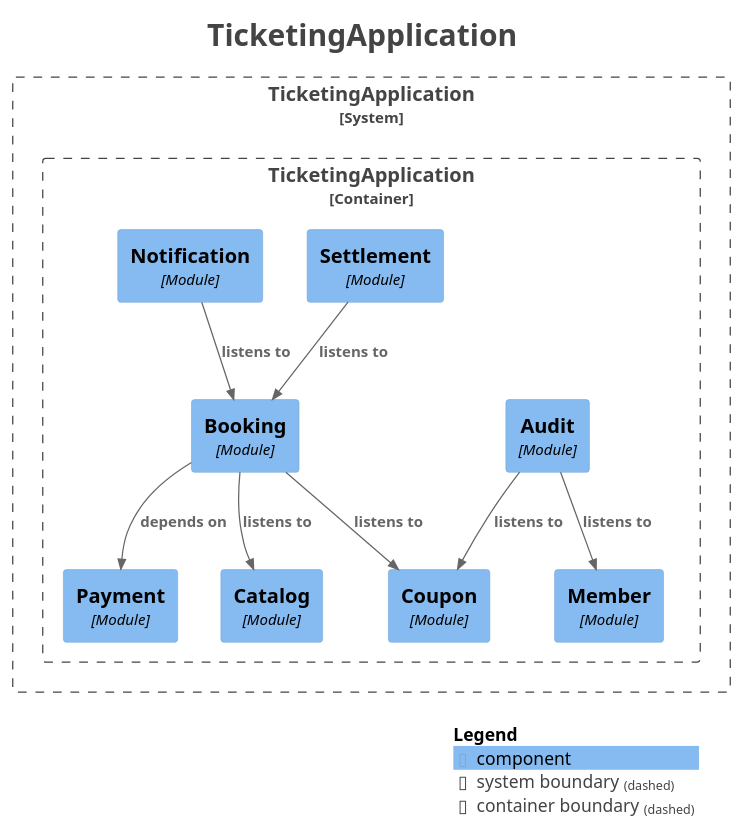
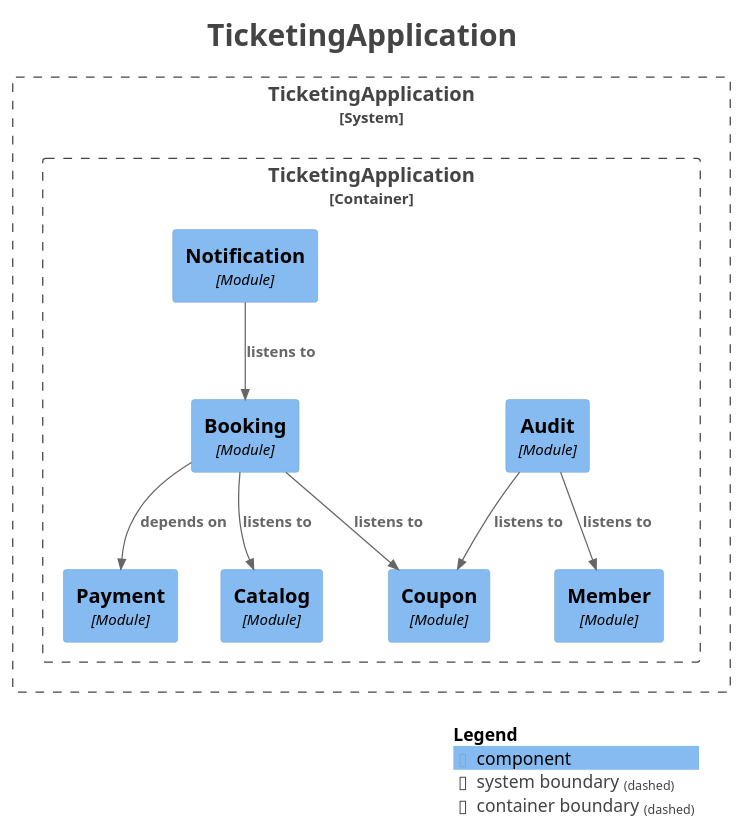
Before and after one commit to jkonury/ticketing: the diagram in docs/modulith/components.puml, drawn with PlantUML. The commit also changed 36 other files, not shown here.

```diff
--- a/docs/modulith/components.puml
+++ b/docs/modulith/components.puml
@@ -1,42 +1,40 @@
 @startuml
 title <size:24>TicketingApplication</size>
 
 set separator none
 top to bottom direction
 
 <style>
   root {
     BackgroundColor: #ffffff
     FontColor: #444444
   }
 </style>
 
 !include <C4/C4>
 !include <C4/C4_Context>
 !include <C4/C4_Component>
 
 System_Boundary("TicketingApplication_boundary", "TicketingApplication", $tags="") {
   Container_Boundary("TicketingApplication.TicketingApplication_boundary", "TicketingApplication", $tags="") {
-    Component(TicketingApplication.TicketingApplication.Settlement, "Settlement", $techn="Module", $descr="", $tags="", $link="")
     Component(TicketingApplication.TicketingApplication.Catalog, "Catalog", $techn="Module", $descr="", $tags="", $link="")
     Component(TicketingApplication.TicketingApplication.Coupon, "Coupon", $techn="Module", $descr="", $tags="", $link="")
     Component(TicketingApplication.TicketingApplication.Member, "Member", $techn="Module", $descr="", $tags="", $link="")
     Component(TicketingApplication.TicketingApplication.Payment, "Payment", $techn="Module", $descr="", $tags="", $link="")
     Component(TicketingApplication.TicketingApplication.Audit, "Audit", $techn="Module", $descr="", $tags="", $link="")
     Component(TicketingApplication.TicketingApplication.Booking, "Booking", $techn="Module", $descr="", $tags="", $link="")
     Component(TicketingApplication.TicketingApplication.Notification, "Notification", $techn="Module", $descr="", $tags="", $link="")
   }
 
 }
 
-Rel(TicketingApplication.TicketingApplication.Audit, TicketingApplication.TicketingApplication.Coupon, "listens to", $techn="", $tags="", $link="")
-Rel(TicketingApplication.TicketingApplication.Audit, TicketingApplication.TicketingApplication.Member, "listens to", $techn="", $tags="", $link="")
-Rel(TicketingApplication.TicketingApplication.Settlement, TicketingApplication.TicketingApplication.Booking, "listens to", $techn="", $tags="", $link="")
-Rel(TicketingApplication.TicketingApplication.Notification, TicketingApplication.TicketingApplication.Booking, "listens to", $techn="", $tags="", $link="")
 Rel(TicketingApplication.TicketingApplication.Booking, TicketingApplication.TicketingApplication.Coupon, "listens to", $techn="", $tags="", $link="")
 Rel(TicketingApplication.TicketingApplication.Booking, TicketingApplication.TicketingApplication.Catalog, "listens to", $techn="", $tags="", $link="")
 Rel(TicketingApplication.TicketingApplication.Booking, TicketingApplication.TicketingApplication.Payment, "depends on", $techn="", $tags="", $link="")
+Rel(TicketingApplication.TicketingApplication.Audit, TicketingApplication.TicketingApplication.Coupon, "listens to", $techn="", $tags="", $link="")
+Rel(TicketingApplication.TicketingApplication.Audit, TicketingApplication.TicketingApplication.Member, "listens to", $techn="", $tags="", $link="")
+Rel(TicketingApplication.TicketingApplication.Notification, TicketingApplication.TicketingApplication.Booking, "listens to", $techn="", $tags="", $link="")
 
 SHOW_LEGEND(true)
 hide stereotypes
 @enduml
```
